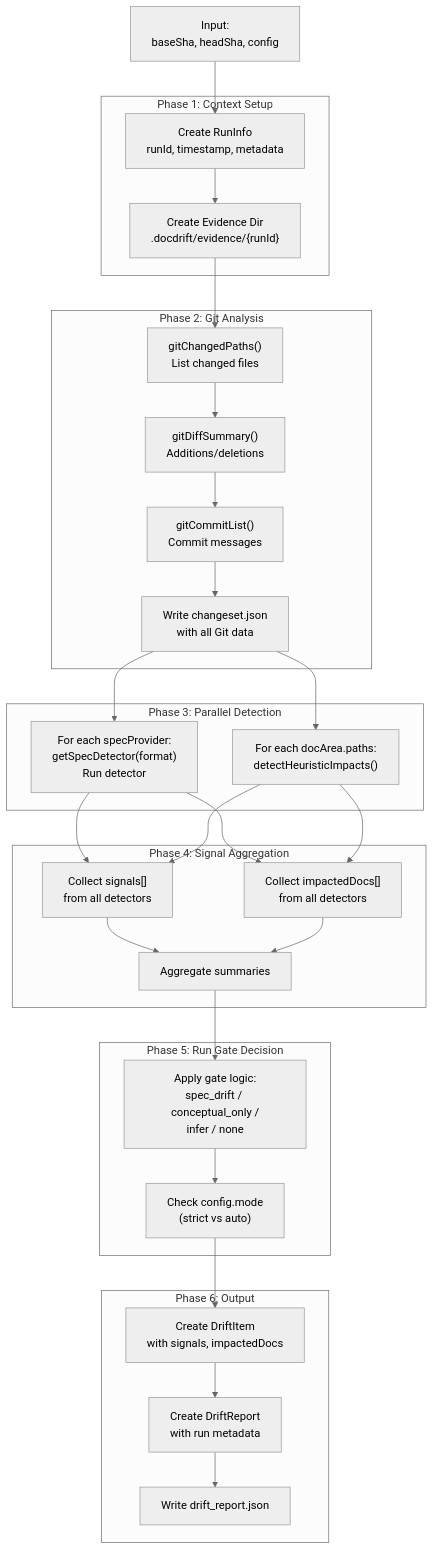
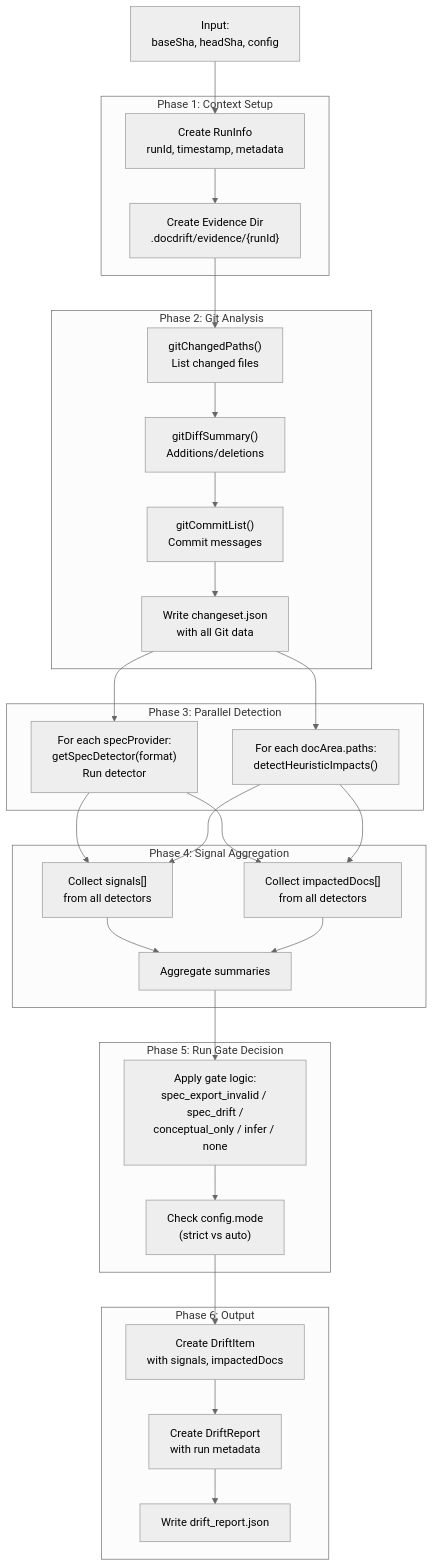
One commit to cameronking4/docdrift changed the first of 7 diagrams in docs/deepwiki/pages/transport-interface-and-contract.mdx. Above: the diagram before and after it, drawn with Mermaid (neutral theme). The commit also changed other lines of this file and 17 other files, not shown here.

First line of the commit message:
feat: introduce validation for OpenAPI spec completeness and update run gate logic

````diff
--- a/docs/deepwiki/pages/transport-interface-and-contract.mdx
+++ b/docs/deepwiki/pages/transport-interface-and-contract.mdx
@@ -40,64 +40,64 @@
 ```mermaid
 graph TB
     Input["Input:<br/>baseSha, headSha, config"]
     
     subgraph "Phase 1: Context Setup"
         RunInfo["Create RunInfo<br/>runId, timestamp, metadata"]
         Evidence["Create Evidence Dir<br/>.docdrift/evidence/{runId}"]
     end
     
     subgraph "Phase 2: Git Analysis"
         ChangedPaths["gitChangedPaths()<br/>List changed files"]
         DiffSummary["gitDiffSummary()<br/>Additions/deletions"]
         CommitList["gitCommitList()<br/>Commit messages"]
         Changeset["Write changeset.json<br/>with all Git data"]
     end
     
     subgraph "Phase 3: Parallel Detection"
         SpecProviders["For each specProvider:<br/>getSpecDetector(format)<br/>Run detector"]
         PathHeuristics["For each docArea.paths:<br/>detectHeuristicImpacts()"]
     end
     
     subgraph "Phase 4: Signal Aggregation"
         CollectSignals["Collect signals[]<br/>from all detectors"]
         CollectImpacts["Collect impactedDocs[]<br/>from all detectors"]
         Summaries["Aggregate summaries"]
     end
     
     subgraph "Phase 5: Run Gate Decision"
-        GateLogic["Apply gate logic:<br/>spec_drift / conceptual_only /<br/>infer / none"]
+        GateLogic["Apply gate logic:<br/>spec_export_invalid / spec_drift /<br/>conceptual_only / infer / none"]
         CheckMode["Check config.mode<br/>(strict vs auto)"]
     end
     
     subgraph "Phase 6: Output"
         BuildItem["Create DriftItem<br/>with signals, impactedDocs"]
         BuildReport["Create DriftReport<br/>with run metadata"]
         WriteReport["Write drift_report.json"]
     end
     
     Input --> RunInfo
     RunInfo --> Evidence
     Evidence --> ChangedPaths
     
     ChangedPaths --> DiffSummary
     DiffSummary --> CommitList
     CommitList --> Changeset
     
     Changeset --> SpecProviders
     Changeset --> PathHeuristics
     
     SpecProviders --> CollectSignals
     PathHeuristics --> CollectSignals
     SpecProviders --> CollectImpacts
     PathHeuristics --> CollectImpacts
     
     CollectSignals --> Summaries
     CollectImpacts --> Summaries
     
     Summaries --> GateLogic
     GateLogic --> CheckMode
     CheckMode --> BuildItem
     
     BuildItem --> BuildReport
     BuildReport --> WriteReport
 ```
````
